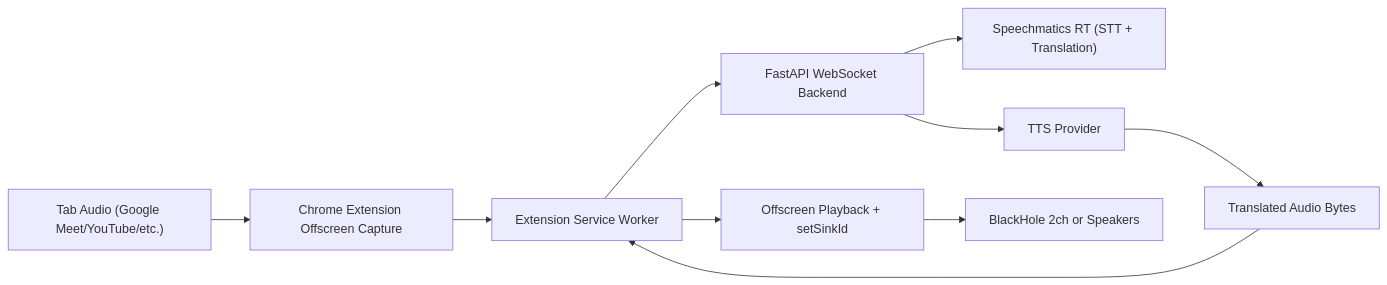
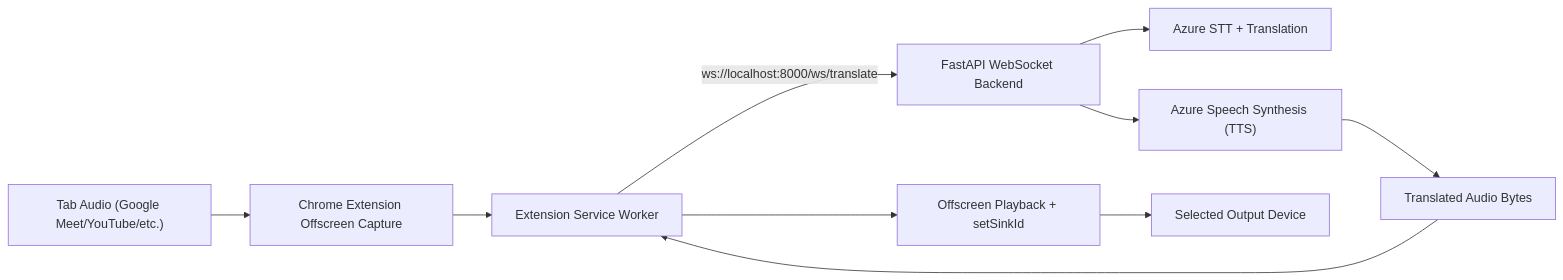
The first of 2 diagrams in architecture.md (Kvndoshi/smartmeetingcompanion), drawn with Mermaid before and after one commit. The commit also changed other lines of this file and 1 other file, not shown here.

First line of the commit message:
docs: add standalone Mermaid architecture diagram and fix architecture.md

````diff
--- a/architecture.md
+++ b/architecture.md
@@ -7,12 +7,12 @@
 ```mermaid
 flowchart LR
     A["Tab Audio (Google Meet/YouTube/etc.)"] --> B["Chrome Extension Offscreen Capture"]
     B --> C["Extension Service Worker"]
-    C --> D["FastAPI WebSocket Backend"]
-    D --> E["Speechmatics RT (STT + Translation)"]
-    D --> F["TTS Provider"]
+    C -->|"ws://localhost:8000/ws/translate"| D["FastAPI WebSocket Backend"]
+    D --> E["Azure STT + Translation"]
+    D --> F["Azure Speech Synthesis (TTS)"]
     F --> G["Translated Audio Bytes"]
     G --> C
     C --> H["Offscreen Playback + setSinkId"]
-    H --> I["BlackHole 2ch or Speakers"]
+    H --> I["Selected Output Device"]
 ```
````
